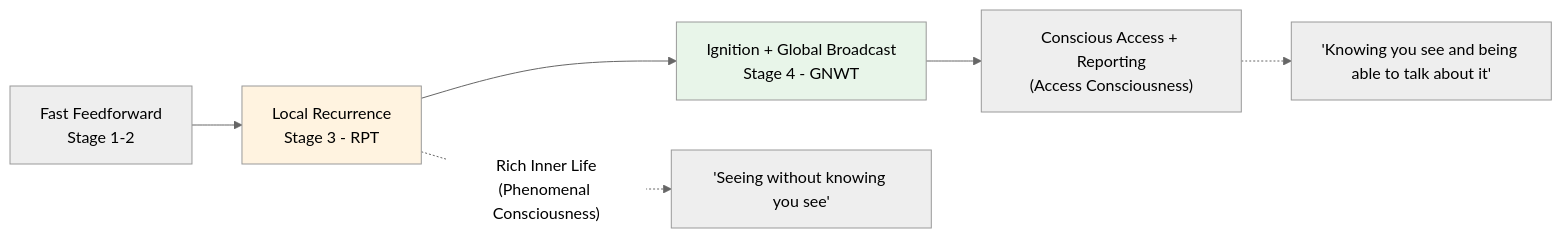
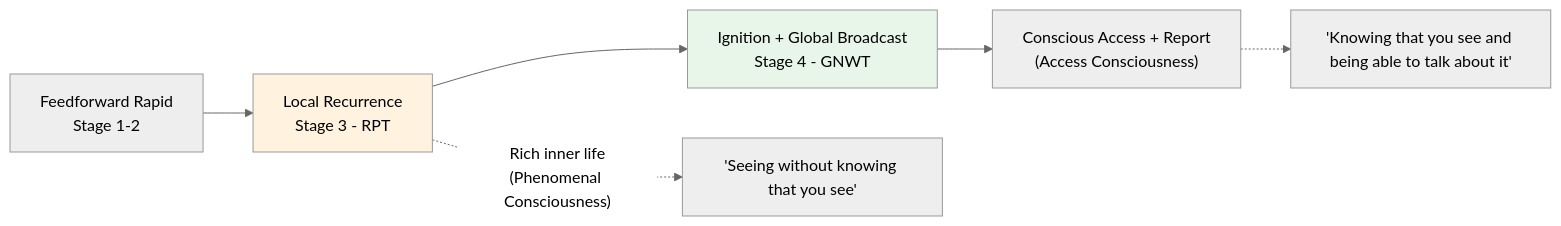
One commit to AlainCo/GNWT-Garrigue-X-en changed the second of 7 diagrams in concepts/concepts.md. Above: the diagram before and after it, drawn with Mermaid (neutral theme). The commit also changed other lines of this file and 31 other files, not shown here.

````diff
--- a/concepts/concepts.md
+++ b/concepts/concepts.md
@@ -58,14 +58,14 @@
 ```mermaid
 flowchart LR
-    A[Fast Feedforward\nStage 1-2] --> B[Local Recurrence\nStage 3 - RPT]
+    A[Feedforward Rapid\nStage 1-2] --> B[Local Recurrence\nStage 3 - RPT]
     B --> C[Ignition + Global Broadcast\nStage 4 - GNWT]
 
-    B -.->|"Rich Inner Life\n(Phenomenal Consciousness)"| D["'Seeing without knowing you see'"]
-    C --> E["Conscious Access + Reporting\n(Access Consciousness)"]
-    E -.-> F["'Knowing you see and being able to talk about it'"]
+    B -.->|"Rich inner life\n(Phenomenal Consciousness)"| D["'Seeing without knowing that you see'"]
+    C --> E["Conscious Access + Report\n(Access Consciousness)"]
+    E -.-> F["'Knowing that you see and being able to talk about it'"]
 
     classDef rpt fill:#fff3e0
     classDef gnwt fill:#e8f5e9
     class B rpt
     class C gnwt
 ```
````
